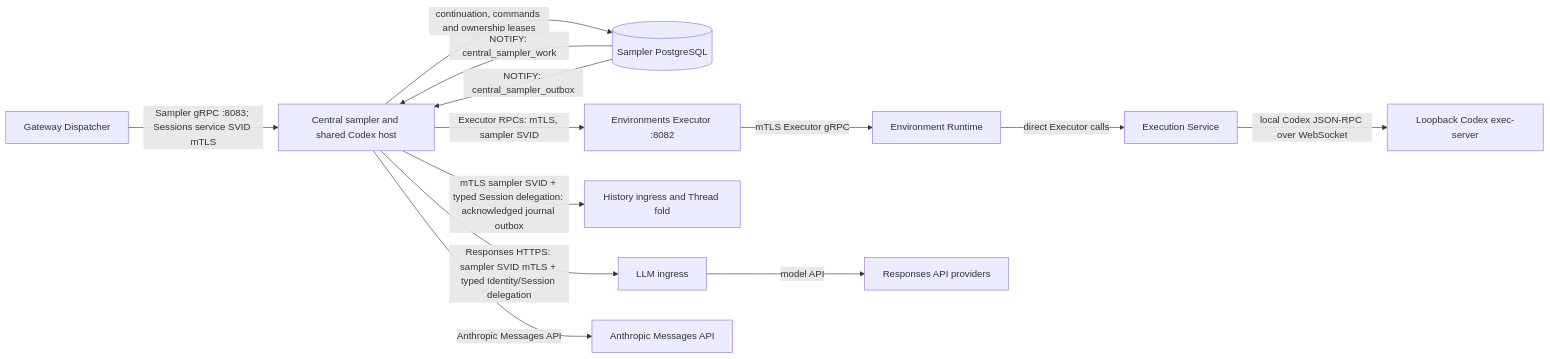
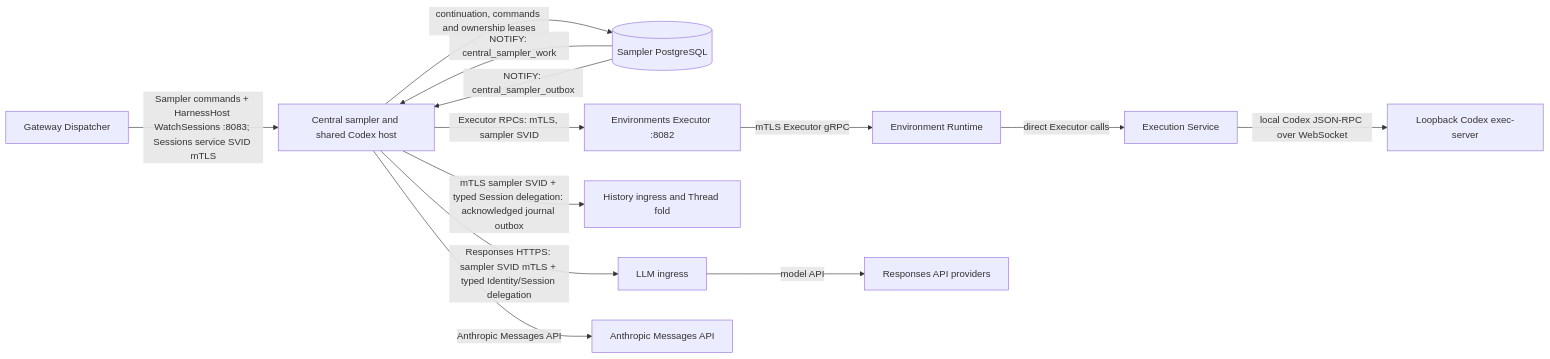
Before and after one commit to agentydragon/ducktape: the fourth of 18 diagrams in agentplane/docs/system_overview.md, drawn with Mermaid. The commit also changed other lines of this file and 14 other files, not shown here.

Commit message:
Observe central Session activity through the sampler HarnessHost

````diff
--- a/agentplane/docs/system_overview.md
+++ b/agentplane/docs/system_overview.md
@@ -410,25 +410,25 @@
 ```mermaid
 flowchart LR
     dispatcher[Gateway Dispatcher]
     sampler[Central sampler and shared Codex host]
     db[(Sampler PostgreSQL)]
     proxy[Environments Executor :8082]
     runtime[Environment Runtime]
     execution[Execution Service]
     executor[Loopback Codex exec-server]
     history[History ingress and Thread fold]
     llm[LLM ingress]
     responses[Responses API providers]
     anthropic[Anthropic Messages API]
-    dispatcher -->|Sampler gRPC :8083; Sessions service SVID mTLS| sampler
+    dispatcher -->|Sampler commands + HarnessHost WatchSessions :8083; Sessions service SVID mTLS| sampler
     sampler -->|continuation, commands and ownership leases| db
     db -->|NOTIFY: central_sampler_work| sampler
     db -->|NOTIFY: central_sampler_outbox| sampler
     sampler -->|Executor RPCs: mTLS, sampler SVID| proxy
     proxy -->|mTLS Executor gRPC| runtime
     runtime -->|direct Executor calls| execution
     execution -->|local Codex JSON-RPC over WebSocket| executor
     sampler -->|mTLS sampler SVID + typed Session delegation: acknowledged journal outbox| history
     sampler -->|Responses HTTPS: sampler SVID mTLS + typed Identity/Session delegation| llm -->|model API| responses
     sampler -->|Anthropic Messages API| anthropic
 ```
````
